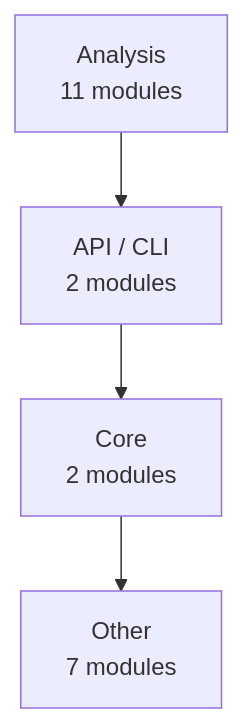
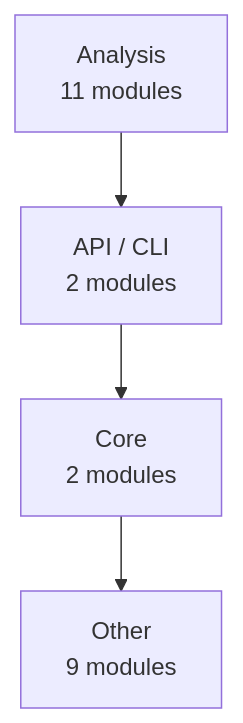
Before and after one commit to wronai/todocs: the first of 3 diagrams in docs/architecture.md, drawn with Mermaid. The commit also changed other lines of this file and 37 other files, not shown here.

````diff
--- a/docs/architecture.md
+++ b/docs/architecture.md
@@ -39,10 +39,10 @@
 ```mermaid
 graph TD
     Analysis["Analysis<br/>11 modules"]
     API___CLI["API / CLI<br/>2 modules"]
     Core["Core<br/>2 modules"]
-    Other["Other<br/>7 modules"]
+    Other["Other<br/>9 modules"]
     Analysis --> API___CLI
     API___CLI --> Core
     Core --> Other
 ```
````
